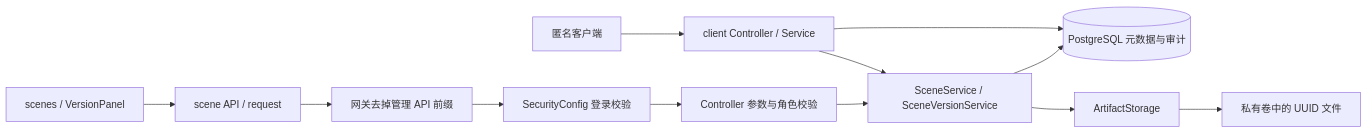
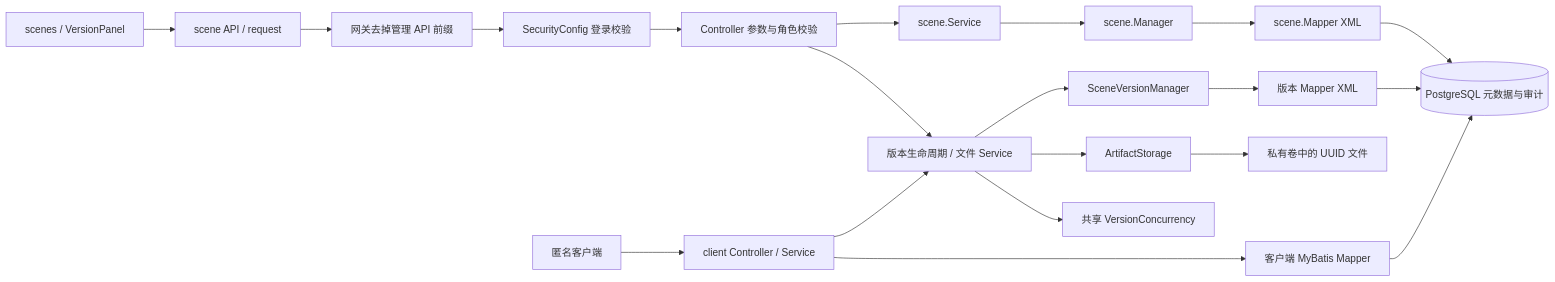
Before and after one commit to dailiuyi/innovation-ar-resource-platform: the first of 2 diagrams in docs/23-code-review-guide.md, drawn with Mermaid. The commit also changed other lines of this file and 148 other files, not shown here.

````diff
--- a/docs/23-code-review-guide.md
+++ b/docs/23-code-review-guide.md
@@ -26,14 +31,22 @@
 ```mermaid
 flowchart LR
     A[scenes / VersionPanel] --> B[scene API / request]
     B --> C[网关去掉管理 API 前缀]
     C --> D[SecurityConfig 登录校验]
     D --> E[Controller 参数与角色校验]
-    E --> F[SceneService / SceneVersionService]
-    F --> G[(PostgreSQL 元数据与审计)]
+    E --> S[scene.Service]
+    S --> SM[scene.Manager]
+    SM --> SP[scene.Mapper XML]
+    SP --> G[(PostgreSQL 元数据与审计)]
+    E --> F[版本生命周期 / 文件 Service]
+    F --> VM[SceneVersionManager]
+    VM --> M[版本 Mapper XML]
+    M --> G
     F --> H[ArtifactStorage]
+    F --> L[共享 VersionConcurrency]
     H --> I[私有卷中的 UUID 文件]
     J[匿名客户端] --> K[client Controller / Service]
-    K --> G
+    K --> CM[客户端 MyBatis Mapper]
+    CM --> G
     K --> F
 ```
````
